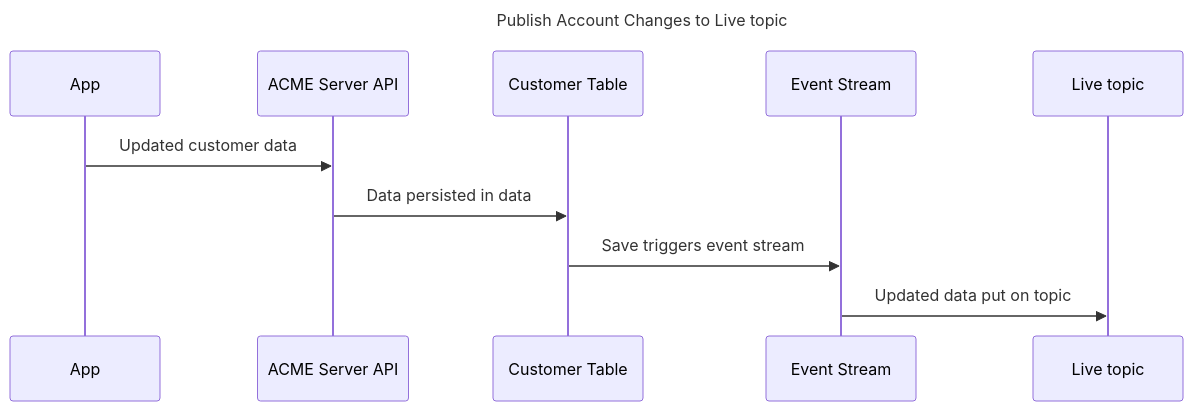
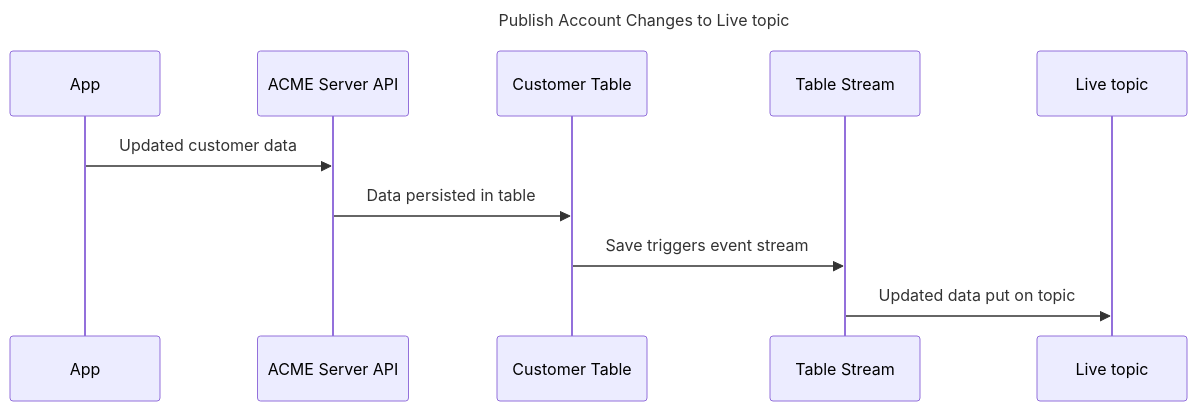
One commit to rickhohler/live-edit-architecture changed the third of 3 diagrams in README.md. Above: the diagram before and after it, drawn with Mermaid.

````diff
--- a/README.md
+++ b/README.md
@@ -78,8 +78,8 @@
 ```mermaid
 sequenceDiagram
   title Publish Account Changes to Live topic
   App->>ACME Server API: Updated customer data
-  ACME Server API->>Customer Table: Data persisted in data
-  Customer Table->>Event Stream: Save triggers event stream
-  Event Stream->>Live topic: Updated data put on topic
+  ACME Server API->>Customer Table: Data persisted in table
+  Customer Table->>Table Stream: Save triggers event stream
+  Table Stream->>Live topic: Updated data put on topic
 ```
````
